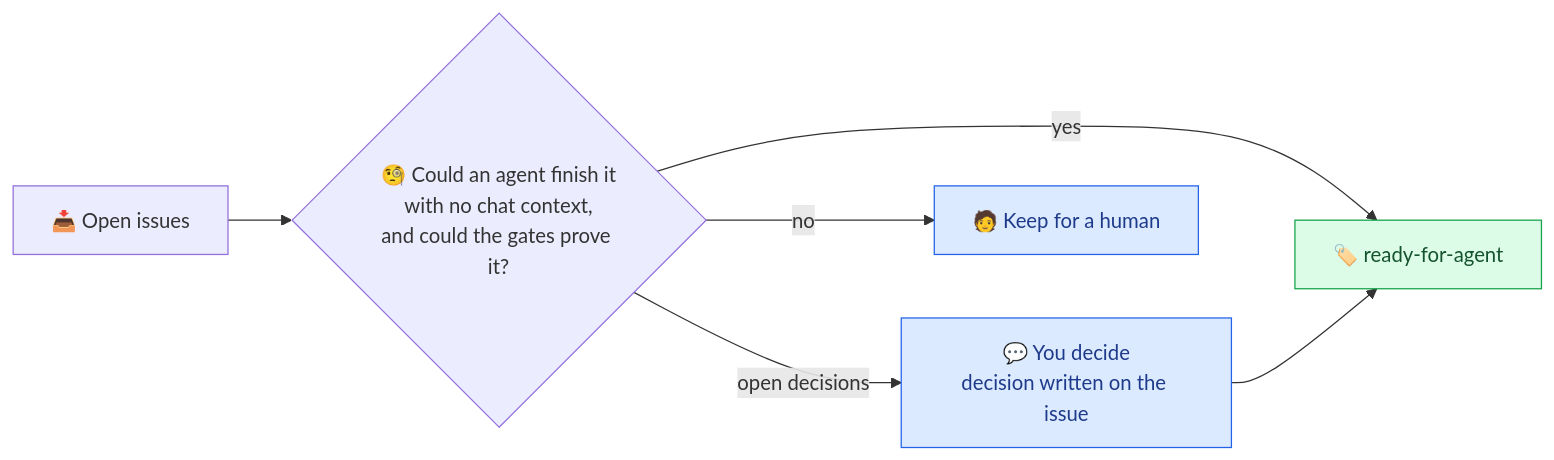
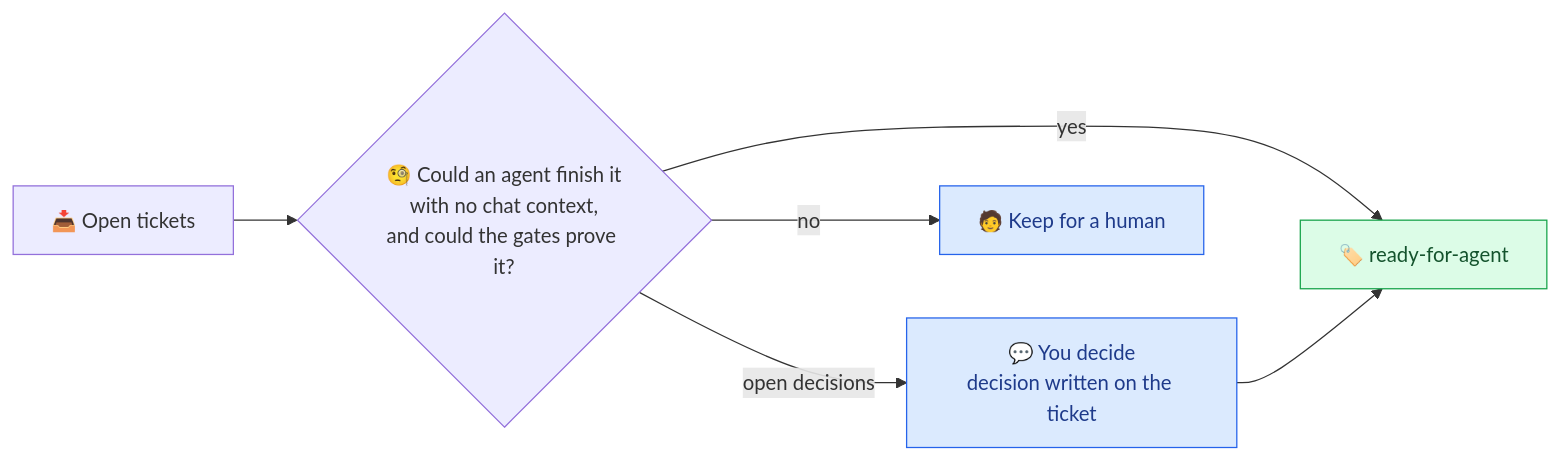
Before and after one commit to henkisdabro/sandcastle-kit: the third of 3 diagrams in README.md, drawn with Mermaid. The commit also changed other lines of this file and 29 other files, not shown here.

First line of the commit message:
docs: say ticket, not issue, in everything people and agents read

````diff
--- a/README.md
+++ b/README.md
@@ -386,13 +386,13 @@
 ```mermaid
 flowchart LR
-    O["📥 Open issues"] --> T{"🧐 Could an agent finish it<br/>with no chat context,<br/>and could the gates prove it?"}
+    O["📥 Open tickets"] --> T{"🧐 Could an agent finish it<br/>with no chat context,<br/>and could the gates prove it?"}
     T -- "yes" --> L["🏷️ ready-for-agent"]
-    T -- "open decisions" --> D["💬 You decide<br/>decision written on the issue"]
+    T -- "open decisions" --> D["💬 You decide<br/>decision written on the ticket"]
     D --> L
     T -- "no" --> K["🧑 Keep for a human"]
 
     classDef ok fill:#dcfce7,stroke:#16a34a,color:#14532d
     classDef ask fill:#dbeafe,stroke:#2563eb,color:#1e3a8a
     class L ok
     class D,K ask
 ```
````
